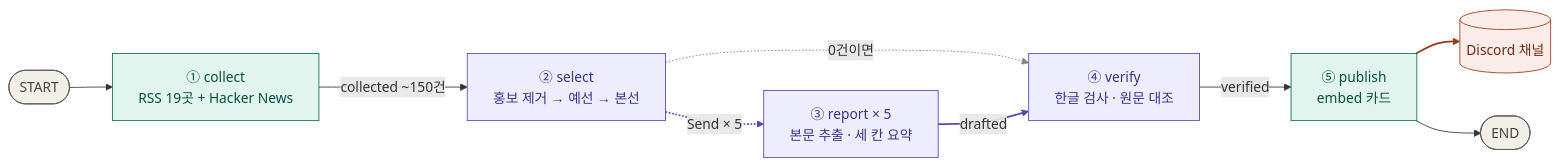
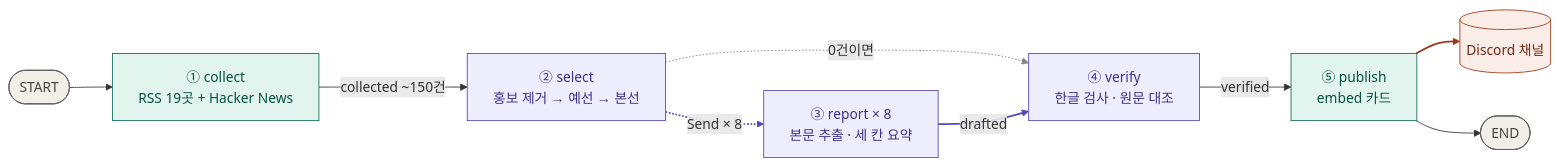
Before and after one commit to rome777/newsletter-agent: the diagram in README.md, drawn with Mermaid. The commit also changed other lines of this file and 2 other files, not shown here.

````diff
--- a/README.md
+++ b/README.md
@@ -13,25 +13,25 @@
 ```mermaid
 flowchart LR
     S([START]) --> C["① collect<br/>RSS 19곳 + Hacker News"]
     C -->|collected ~150건| SE["② select<br/>홍보 제거 → 예선 → 본선"]
-    SE -.->|Send × 5| R["③ report × 5<br/>본문 추출 · 세 칸 요약"]
+    SE -.->|Send × 8| R["③ report × 8<br/>본문 추출 · 세 칸 요약"]
     SE -.->|0건이면| V
     R -->|drafted| V["④ verify<br/>한글 검사 · 원문 대조"]
     V -->|verified| P["⑤ publish<br/>embed 카드"]
     P --> D[("Discord 채널")]
     P --> E([END])
 
     classDef llm fill:#EEEDFE,stroke:#534AB7,color:#3C3489
     classDef code fill:#E1F5EE,stroke:#0F6E56,color:#085041
     classDef out fill:#FAECE7,stroke:#993C1D,color:#712B13
     classDef term fill:#F1EFE8,stroke:#5F5E5A,color:#444441
     class SE,R,V llm
     class C,P code
     class D out
     class S,E term
 
     linkStyle 2 stroke:#534AB7,stroke-width:2px
     linkStyle 3 stroke:#888780
     linkStyle 4 stroke:#534AB7,stroke-width:2px
     linkStyle 6 stroke:#993C1D,stroke-width:2px
 ```
````
